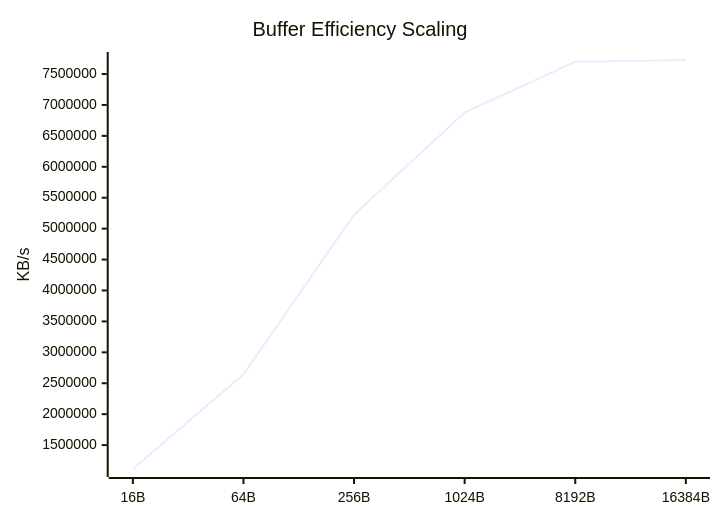
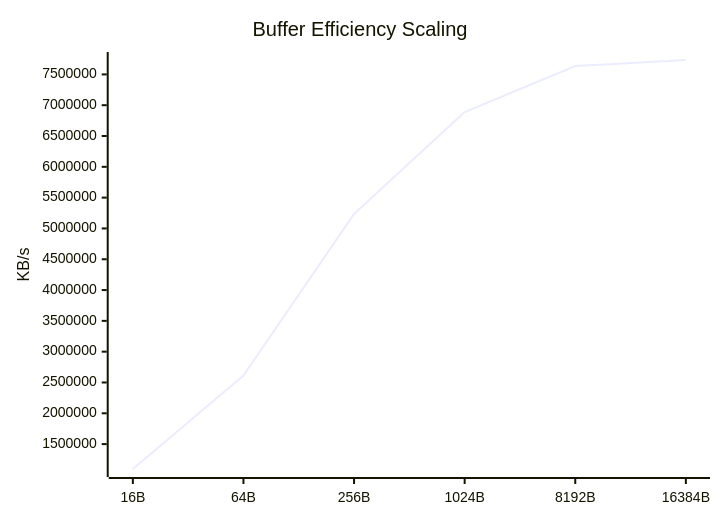
Before and after one commit to taha2samy/openssl_fips: the eighth of 9 diagrams in docs/Comparison_Report.md, drawn with Mermaid. The commit also changed other lines of this file and 2 other files, not shown here.

````diff
--- a/docs/Comparison_Report.md
+++ b/docs/Comparison_Report.md
@@ -118,7 +118,7 @@
 ```mermaid
 xychart-beta
     title "Buffer Efficiency Scaling"
     x-axis [16B, 64B, 256B, 1024B, 8192B, 16384B]
     y-axis "KB/s"
-    line [1113509.23, 2643669.43, 5224319.9, 6879291.08, 7697894.6, 7726928.69]
+    line [1095997.1, 2613066.19, 5236055.65, 6888637.24, 7635758.28, 7733601.89]
 ```
````
